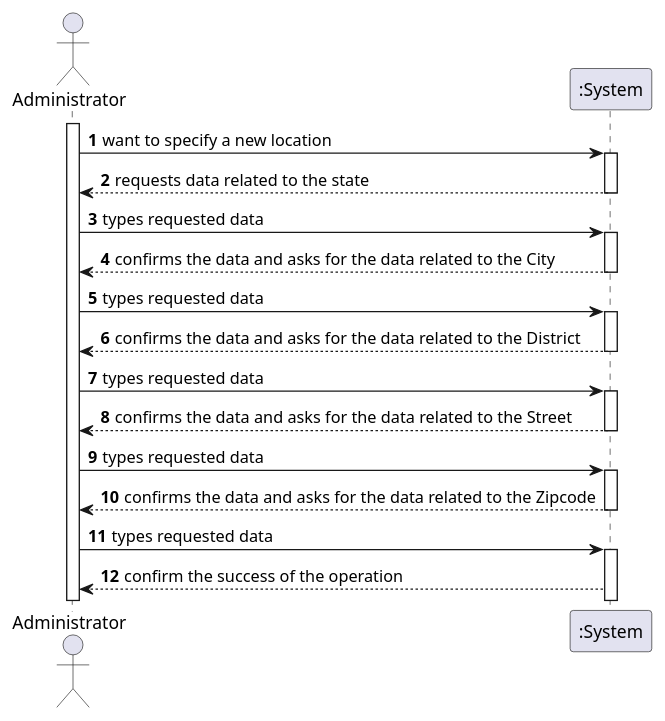
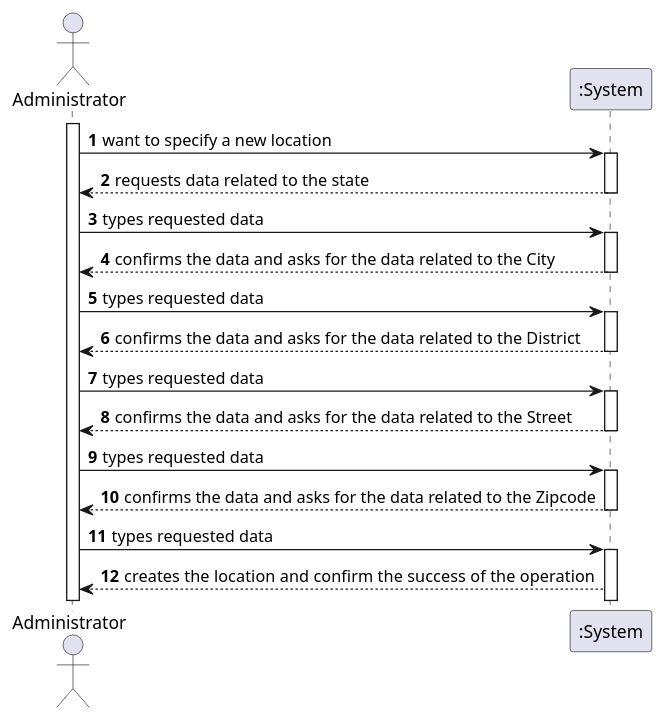
The diagram in docs/sprintB/US006/01.requirements-engineering/puml/ssd.puml (tiagohcorreia/LAPR2), drawn with PlantUML before and after one commit.

Commit message:
ssd.puml

```diff
--- a/docs/sprintB/US006/01.requirements-engineering/puml/ssd.puml
+++ b/docs/sprintB/US006/01.requirements-engineering/puml/ssd.puml
@@ -1,31 +1,31 @@
 @startuml
 autonumber
 actor "Administrator" as OE
 
 activate OE
 OE -> ":System" : want to specify a new location
 activate ":System"
 ":System" --> OE : requests data related to the state
 
 deactivate ":System"
 
 OE -> ":System" : types requested data
 activate ":System"
 ":System" --> OE : confirms the data and asks for the data related to the City
 deactivate ":System"
 OE -> ":System" : types requested data
 activate ":System"
 ":System" --> OE : confirms the data and asks for the data related to the District
 deactivate ":System"
 OE -> ":System" : types requested data
 activate ":System"
 ":System" --> OE : confirms the data and asks for the data related to the Street
 deactivate ":System"
 OE -> ":System" : types requested data
 activate ":System"
 ":System" --> OE : confirms the data and asks for the data related to the Zipcode
 deactivate ":System"
 OE -> ":System" : types requested data
 activate ":System"
-":System" --> OE : confirm the success of the operation
+":System" --> OE : creates the location  and confirm the success of the operation
 @enduml
```
